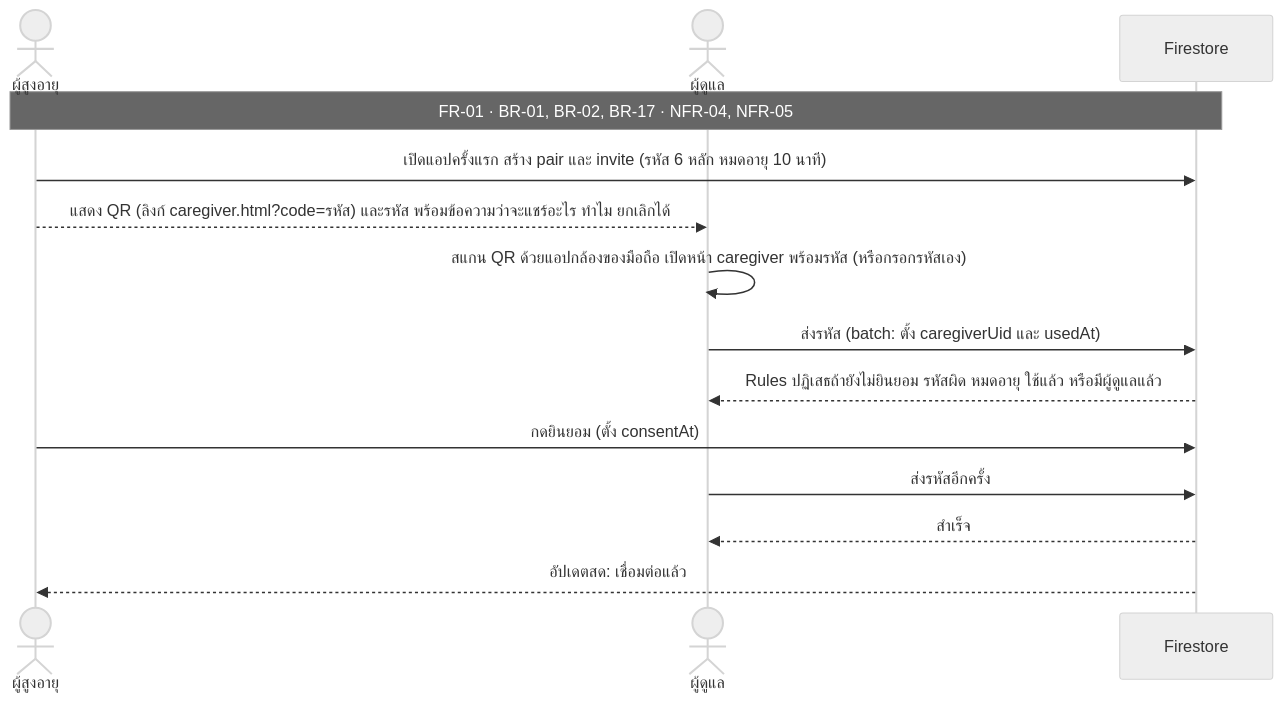
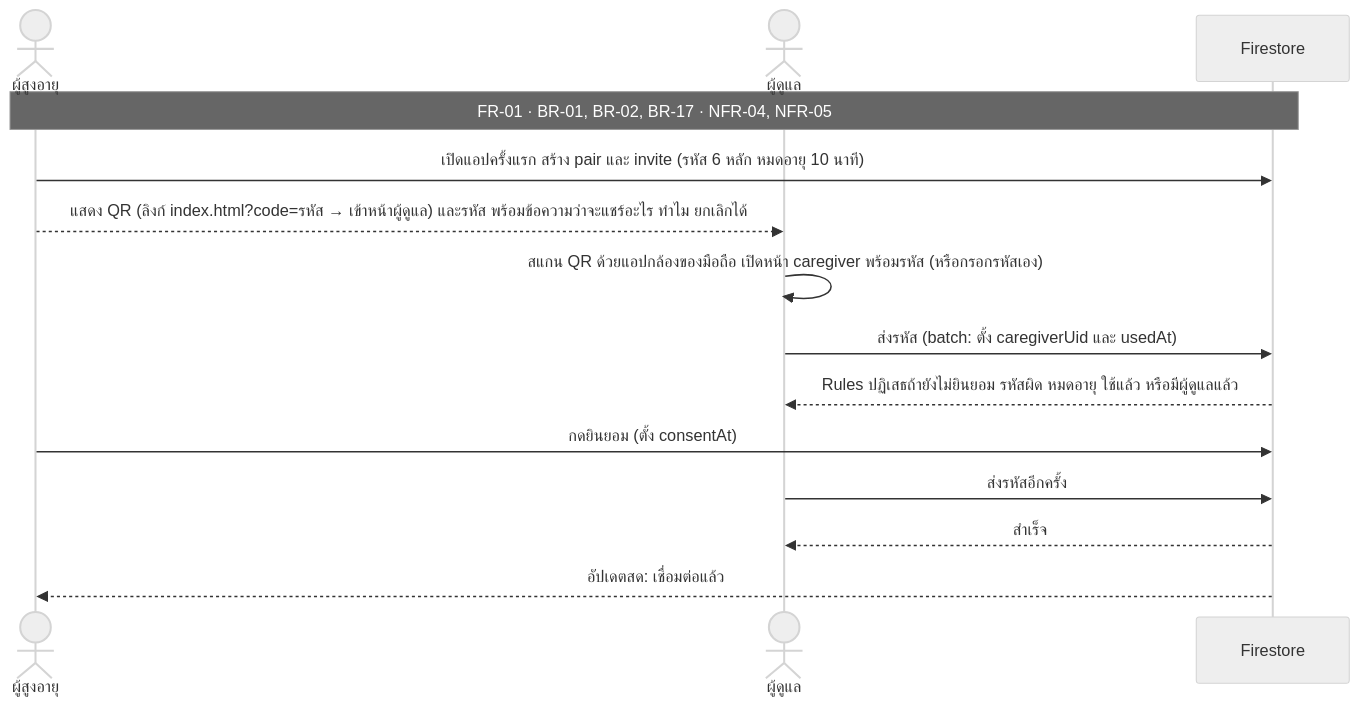
Before and after one commit to yaroo393-png/MedMind: the third of 7 diagrams in docs/02-design/architecture.md, drawn with Mermaid (neutral theme). The commit also changed other lines of this file and 24 other files, not shown here.

````diff
--- a/docs/02-design/architecture.md
+++ b/docs/02-design/architecture.md
@@ -392,16 +392,16 @@
 ```mermaid
 sequenceDiagram
   actor S as ผู้สูงอายุ
   actor C as ผู้ดูแล
   participant FS as Firestore
   Note over S,FS: FR-01 · BR-01, BR-02, BR-17 · NFR-04, NFR-05
   S->>FS: เปิดแอปครั้งแรก สร้าง pair และ invite (รหัส 6 หลัก หมดอายุ 10 นาที)
-  S-->>C: แสดง QR (ลิงก์ caregiver.html?code=รหัส) และรหัส พร้อมข้อความว่าจะแชร์อะไร ทำไม ยกเลิกได้
+  S-->>C: แสดง QR (ลิงก์ index.html?code=รหัส → เข้าหน้าผู้ดูแล) และรหัส พร้อมข้อความว่าจะแชร์อะไร ทำไม ยกเลิกได้
   C->>C: สแกน QR ด้วยแอปกล้องของมือถือ เปิดหน้า caregiver พร้อมรหัส (หรือกรอกรหัสเอง)
   C->>FS: ส่งรหัส (batch: ตั้ง caregiverUid และ usedAt)
   FS-->>C: Rules ปฏิเสธถ้ายังไม่ยินยอม รหัสผิด หมดอายุ ใช้แล้ว หรือมีผู้ดูแลแล้ว
   S->>FS: กดยินยอม (ตั้ง consentAt)
   C->>FS: ส่งรหัสอีกครั้ง
   FS-->>C: สำเร็จ
   FS-->>S: อัปเดตสด: เชื่อมต่อแล้ว
 ```
````
